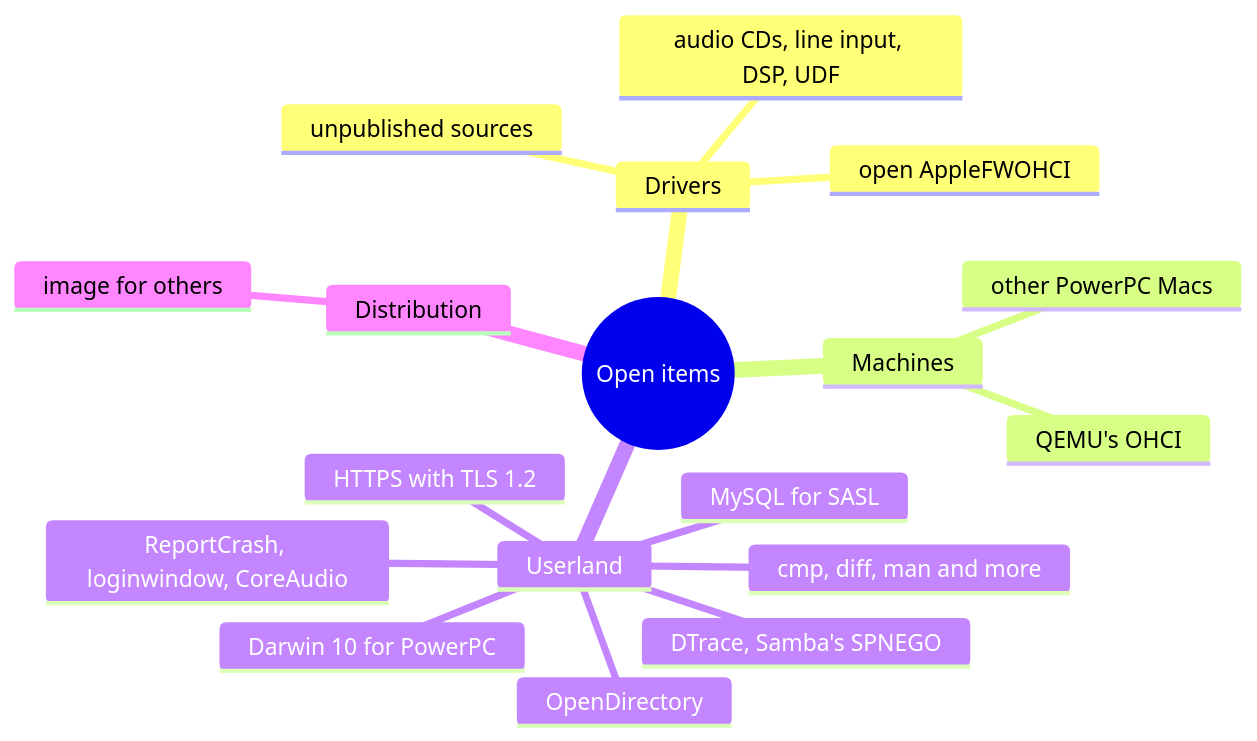
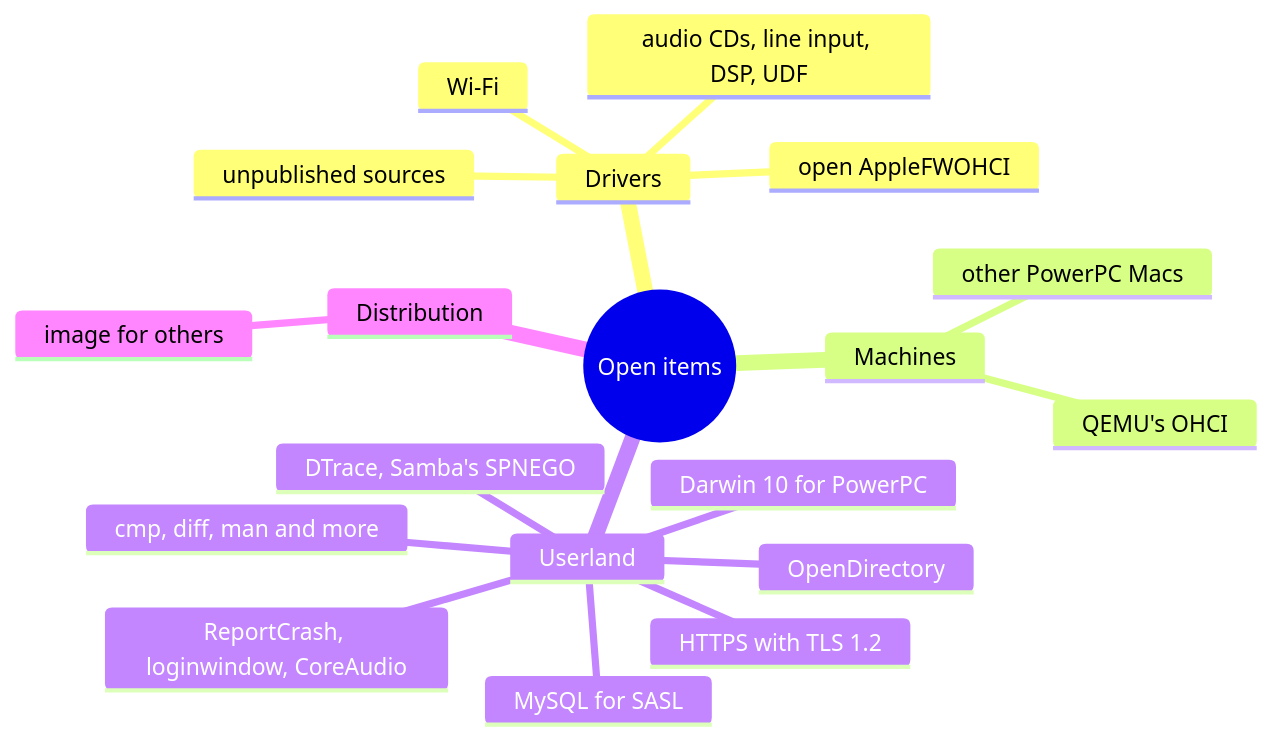
Before and after one commit to nyg/PowerDarwin: the diagram in docs/src/steps/whats-next.md, drawn with Mermaid. The commit also changed other lines of this file and 7 other files, not shown here.

````diff
--- a/docs/src/steps/whats-next.md
+++ b/docs/src/steps/whats-next.md
@@ -89,21 +93,22 @@
 ```mermaid
 mindmap
   root((Open items))
     Drivers
       open AppleFWOHCI
       audio CDs, line input, DSP, UDF
       unpublished sources
+      Wi-Fi
     Machines
       other PowerPC Macs
       QEMU's OHCI
     Userland
       OpenDirectory
       ReportCrash, loginwindow, CoreAudio
       MySQL for SASL
       cmp, diff, man and more
       HTTPS with TLS 1.2
       DTrace, Samba's SPNEGO
       Darwin 10 for PowerPC
     Distribution
       image for others
 ```
````
